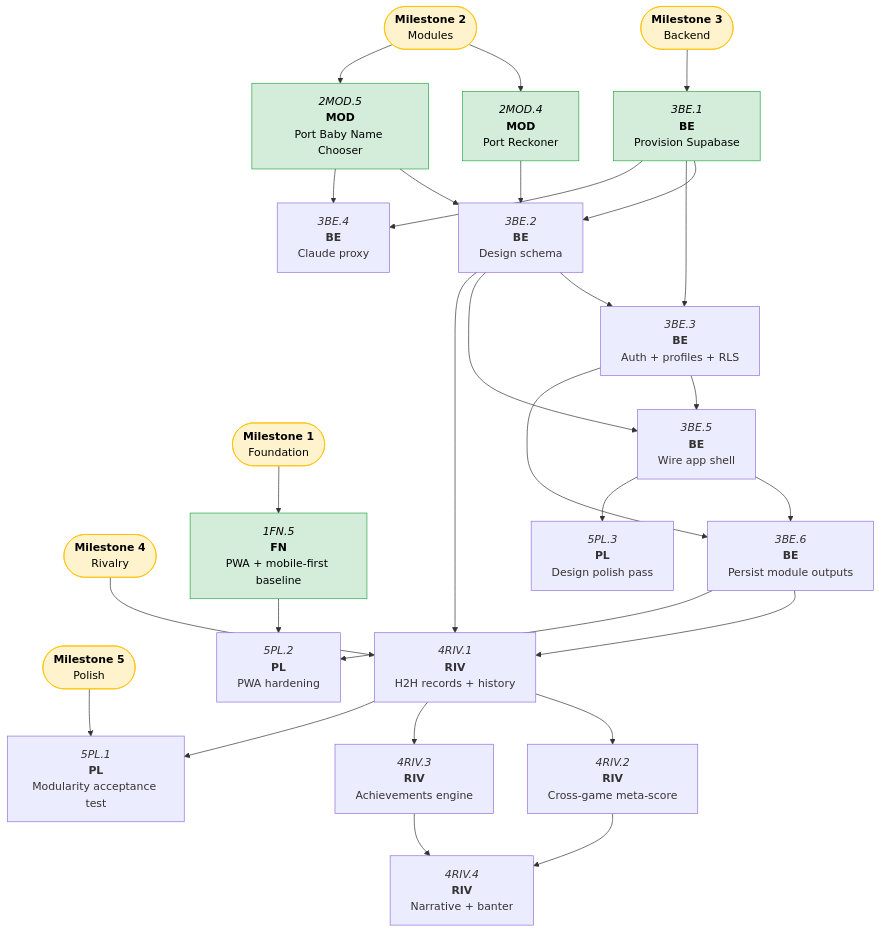
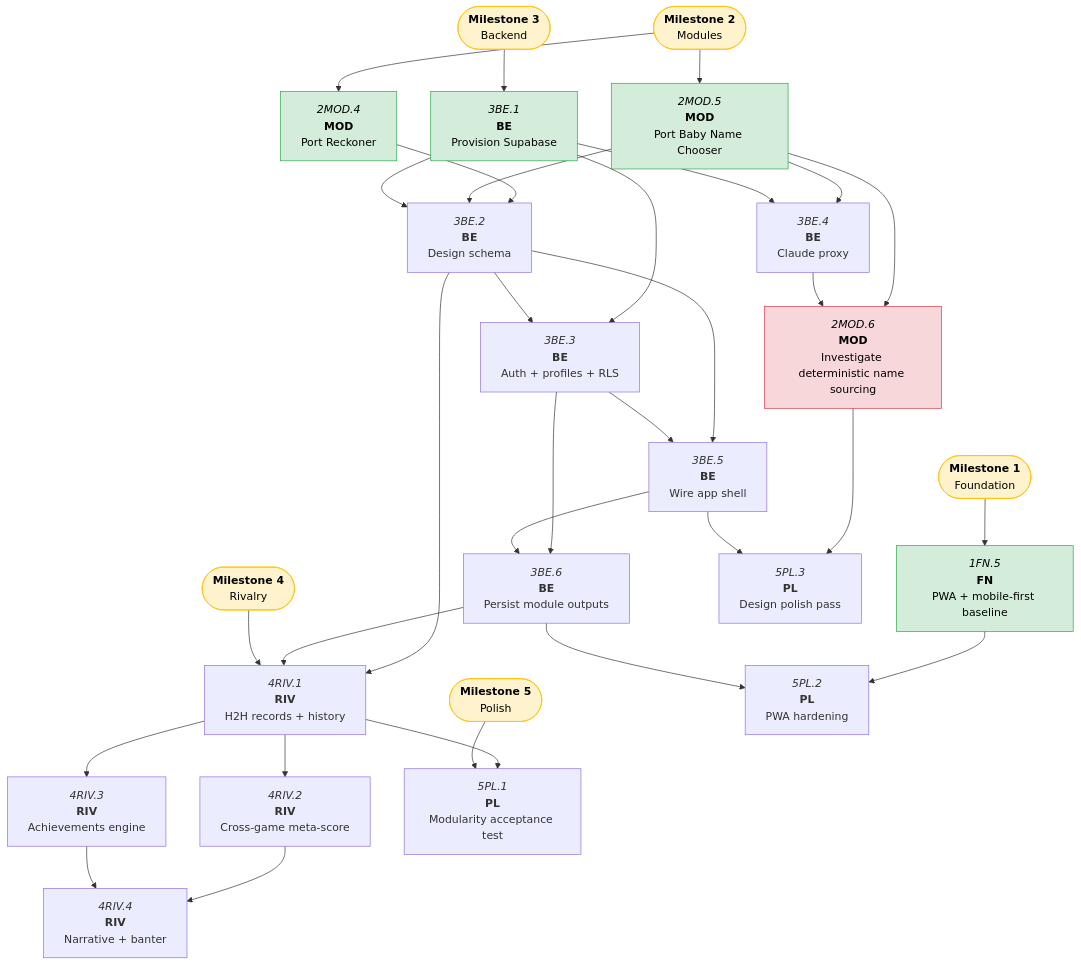
The diagram in docs/roadmaps/tallywhack.md (JasonWarrenUK/tallywhack), drawn with Mermaid before and after one commit. The commit also changed other lines of this file, not shown here.

Commit message:
docs: update roadmap

````diff
--- a/docs/roadmaps/tallywhack.md
+++ b/docs/roadmaps/tallywhack.md
@@ -11,64 +11,68 @@
 ```mermaid
 flowchart TD
   classDef open fill:#d4edda,stroke:#28a745,color:#000
   classDef blocked fill:#f8d7da,stroke:#dc3545,color:#000
   classDef mile fill:#fff3cd,stroke:#ffc107,color:#000
 
   M1(["`**Milestone 1**<br/>Foundation`"]):::mile
   M2(["`**Milestone 2**<br/>Modules`"]):::mile
   M3(["`**Milestone 3**<br/>Backend`"]):::mile
   M4(["`**Milestone 4**<br/>Rivalry`"]):::mile
   M5(["`**Milestone 5**<br/>Polish`"]):::mile
 
   1FN5["`*1FN.5*<br/>**FN**<br/>PWA + mobile-first baseline`"]:::open
 
   2MOD4["`*2MOD.4*<br/>**MOD**<br/>Port Reckoner`"]:::open
   2MOD5["`*2MOD.5*<br/>**MOD**<br/>Port Baby Name Chooser`"]:::open
+  2MOD6["`*2MOD.6*<br/>**MOD**<br/>Investigate deterministic name sourcing`"]:::blocked
 
   3BE1["`*3BE.1*<br/>**BE**<br/>Provision Supabase`"]:::open
   3BE2["`*3BE.2*<br/>**BE**<br/>Design schema`"]
   3BE3["`*3BE.3*<br/>**BE**<br/>Auth + profiles + RLS`"]
   3BE4["`*3BE.4*<br/>**BE**<br/>Claude proxy`"]
   3BE5["`*3BE.5*<br/>**BE**<br/>Wire app shell`"]
   3BE6["`*3BE.6*<br/>**BE**<br/>Persist module outputs`"]
 
   4RIV1["`*4RIV.1*<br/>**RIV**<br/>H2H records + history`"]
   4RIV2["`*4RIV.2*<br/>**RIV**<br/>Cross-game meta-score`"]
   4RIV3["`*4RIV.3*<br/>**RIV**<br/>Achievements engine`"]
   4RIV4["`*4RIV.4*<br/>**RIV**<br/>Narrative + banter`"]
 
   5PL1["`*5PL.1*<br/>**PL**<br/>Modularity acceptance test`"]
   5PL2["`*5PL.2*<br/>**PL**<br/>PWA hardening`"]
   5PL3["`*5PL.3*<br/>**PL**<br/>Design polish pass`"]
 
   M1 --> 1FN5
   1FN5 --> 5PL2
 
   M2 --> 2MOD4 & 2MOD5
   2MOD4 --> 3BE2
   2MOD5 --> 3BE2
   2MOD5 --> 3BE4
+  2MOD5 --> 2MOD6
+  3BE4 --> 2MOD6
+  2MOD6 --> 5PL3
 
   M3 --> 3BE1
   3BE1 --> 3BE2
   3BE1 --> 3BE3
   3BE1 --> 3BE4
   3BE2 --> 3BE3
   3BE2 --> 3BE5
   3BE2 --> 4RIV1
   3BE3 --> 3BE5
   3BE3 --> 3BE6
   3BE5 --> 3BE6
   3BE5 --> 5PL3
   3BE6 --> 4RIV1
   3BE6 --> 5PL2
 
   M4 --> 4RIV1
   4RIV1 --> 4RIV2
   4RIV1 --> 4RIV3
   4RIV1 --> 5PL1
   4RIV2 --> 4RIV4
   4RIV3 --> 4RIV4
 
   M5 --> 5PL1
 ```
````
